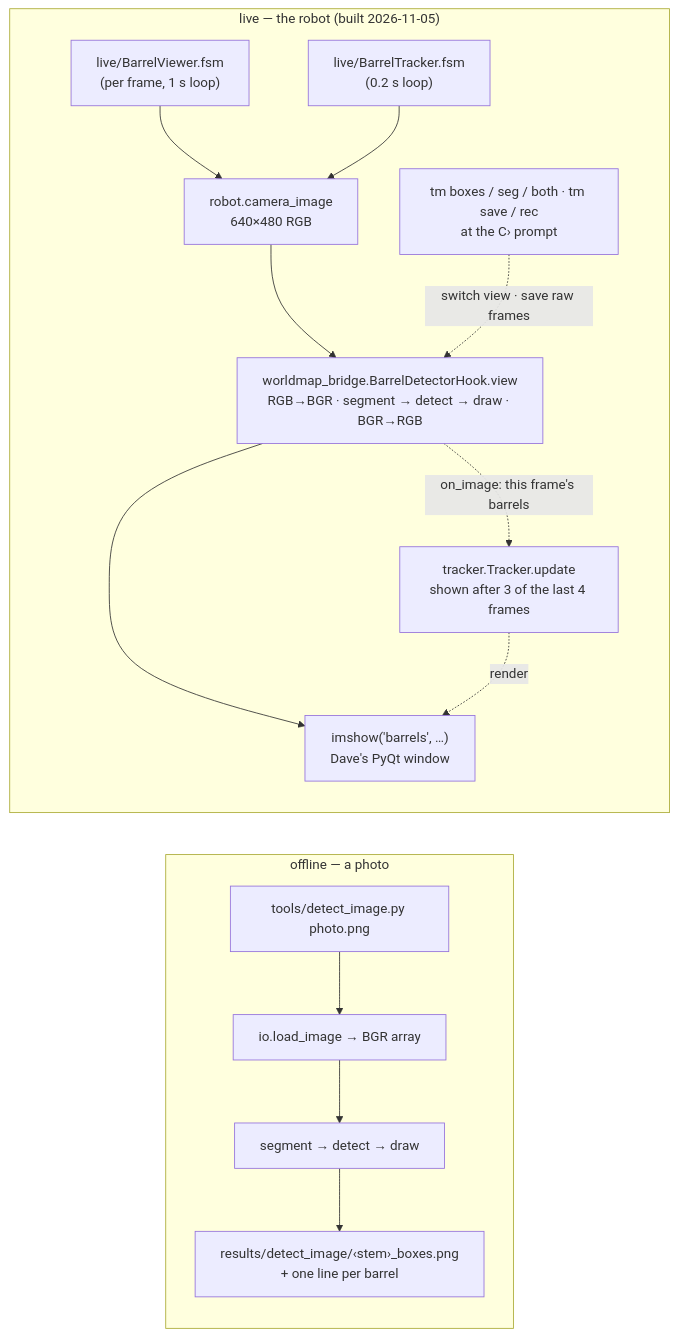
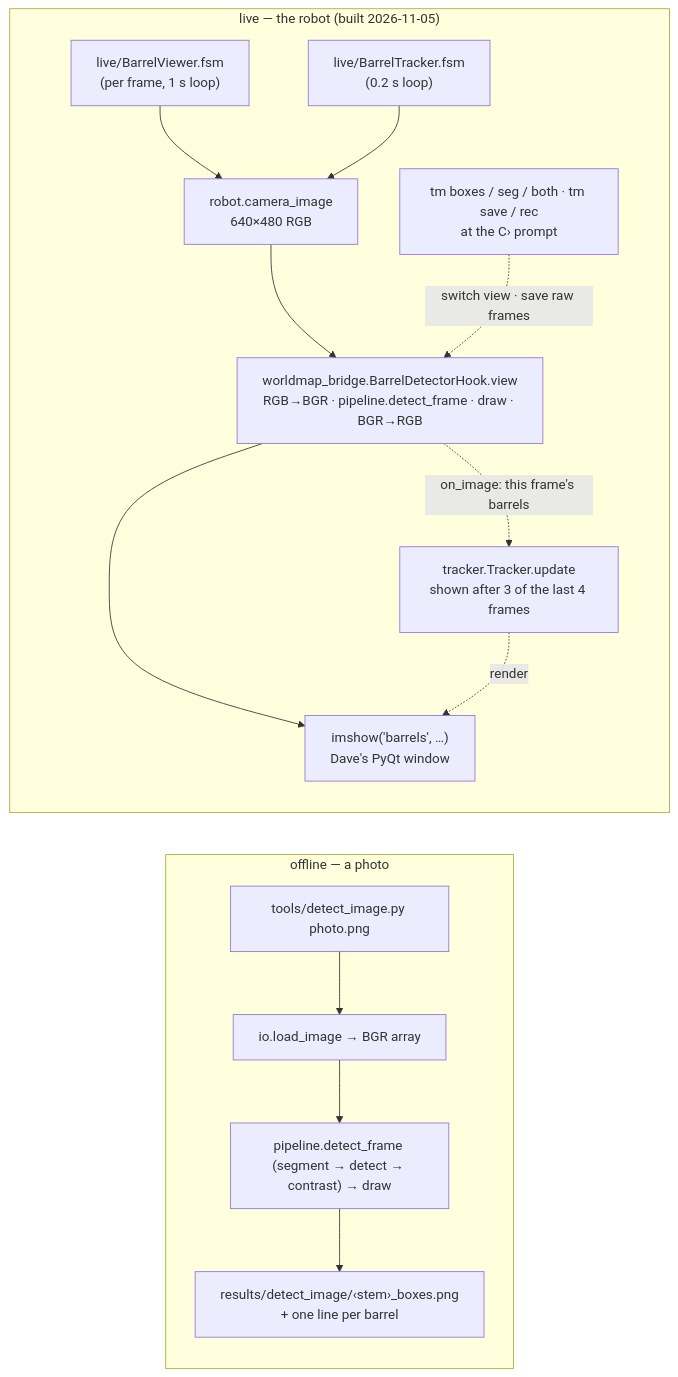
One commit to Tanush-A/vex-aim-tools-barrels changed the second of 3 diagrams in barrels/docs/ARCHITECTURE.md. Above: the diagram before and after it, drawn with Mermaid. The commit also changed other lines of this file and 4 other files, not shown here.

Commit message:
docs: the stripe by contrast as stage 11 (DETECTOR-MAP: the stage, its checks, its 23 numbers, the adoption and its proof), HOW-IT-WORKS 3b with the worked example, the short version, ARCHITECTURE, README

````diff
--- a/barrels/docs/ARCHITECTURE.md
+++ b/barrels/docs/ARCHITECTURE.md
@@ -46,12 +51,12 @@
 ```mermaid
 flowchart LR
     subgraph OFFLINE["offline — a photo"]
-        A1["tools/detect_image.py photo.png"] --> A2["io.load_image → BGR array"] --> CHAIN1["segment → detect → draw"] --> A3["results/detect_image/‹stem›_boxes.png<br/>+ one line per barrel"]
+        A1["tools/detect_image.py photo.png"] --> A2["io.load_image → BGR array"] --> CHAIN1["pipeline.detect_frame (segment → detect → contrast) → draw"] --> A3["results/detect_image/‹stem›_boxes.png<br/>+ one line per barrel"]
     end
     subgraph LIVE["live — the robot (built 2026-11-05)"]
-        B1["live/BarrelViewer.fsm<br/>(per frame, 1 s loop)"] --> B2["robot.camera_image<br/>640×480 RGB"] --> B3["worldmap_bridge.BarrelDetectorHook.view<br/>RGB→BGR · segment → detect → draw · BGR→RGB"] --> B4["imshow('barrels', …)<br/>Dave's PyQt window"]
+        B1["live/BarrelViewer.fsm<br/>(per frame, 1 s loop)"] --> B2["robot.camera_image<br/>640×480 RGB"] --> B3["worldmap_bridge.BarrelDetectorHook.view<br/>RGB→BGR · pipeline.detect_frame · draw · BGR→RGB"] --> B4["imshow('barrels', …)<br/>Dave's PyQt window"]
         B6["live/BarrelTracker.fsm<br/>(0.2 s loop)"] --> B2
         B3 -. on_image: this frame's barrels .-> B7["tracker.Tracker.update<br/>shown after 3 of the last 4 frames"] -. render .-> B4
         B5["tm boxes / seg / both · tm save / rec<br/>at the C› prompt"] -.switch view · save raw frames.-> B3
     end
 ```
````
